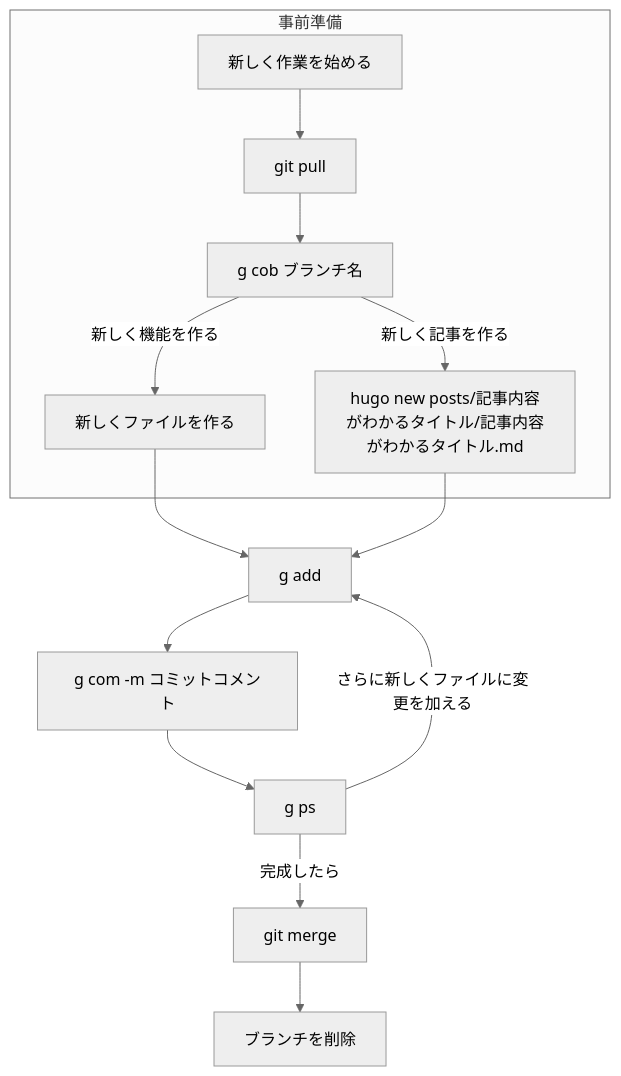
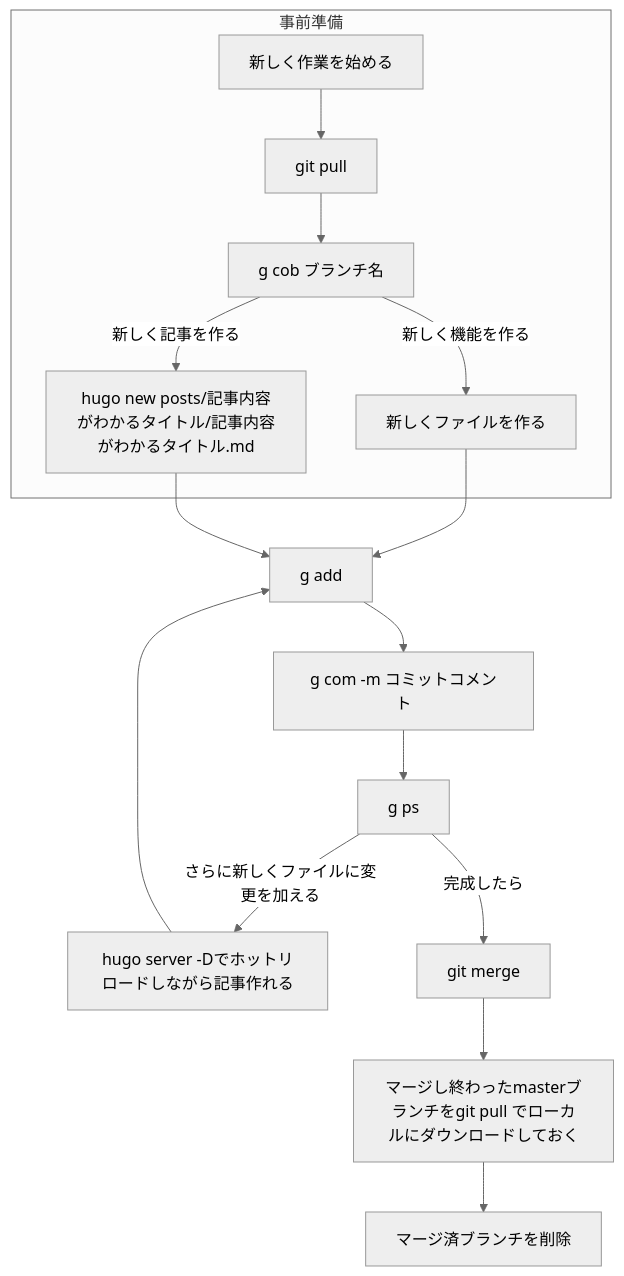
The diagram in README.md (zuzuzunta0/newblog2), drawn with Mermaid (neutral theme) before and after one commit.

Commit message:
add description about git flow

````diff
--- a/README.md
+++ b/README.md
@@ -13,16 +13,18 @@
 ```mermaid
 flowchart TB
   subgraph 事前準備
   a[新しく作業を始める] --> b1[git pull]
   b1 --> e[g cob ブランチ名]
   e --> |"新しく機能を作る"|c[新しくファイルを作る]
   e -->|"新しく記事を作る"| d["hugo new posts/記事内容がわかるタイトル/記事内容がわかるタイトル.md"]
   end
   c --> f["g add"]
   d --> f
   f --> g["g com -m "コミットコメント""]
   g --> h["g ps"]
-  h --> |"さらに新しくファイルに変更を加える"|f
+  h --> |"さらに新しくファイルに変更を加える"|f1["hugo server -Dでホットリロードしながら記事作れる"]
+  f1 --> f
   h --> |完成したら|i["git merge"]
-  i --> j["ブランチを削除"]
+  i --> i1["マージし終わったmasterブランチをgit pull でローカルにダウンロードしておく"]
+  i1 --> j["マージ済ブランチを削除"]
 ```
````
